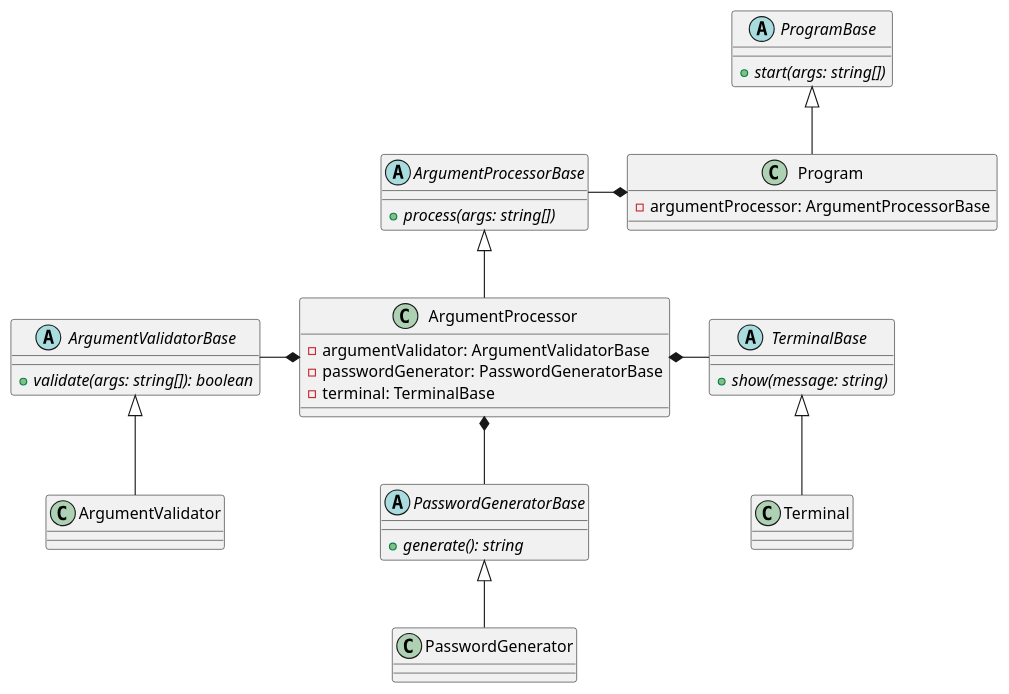
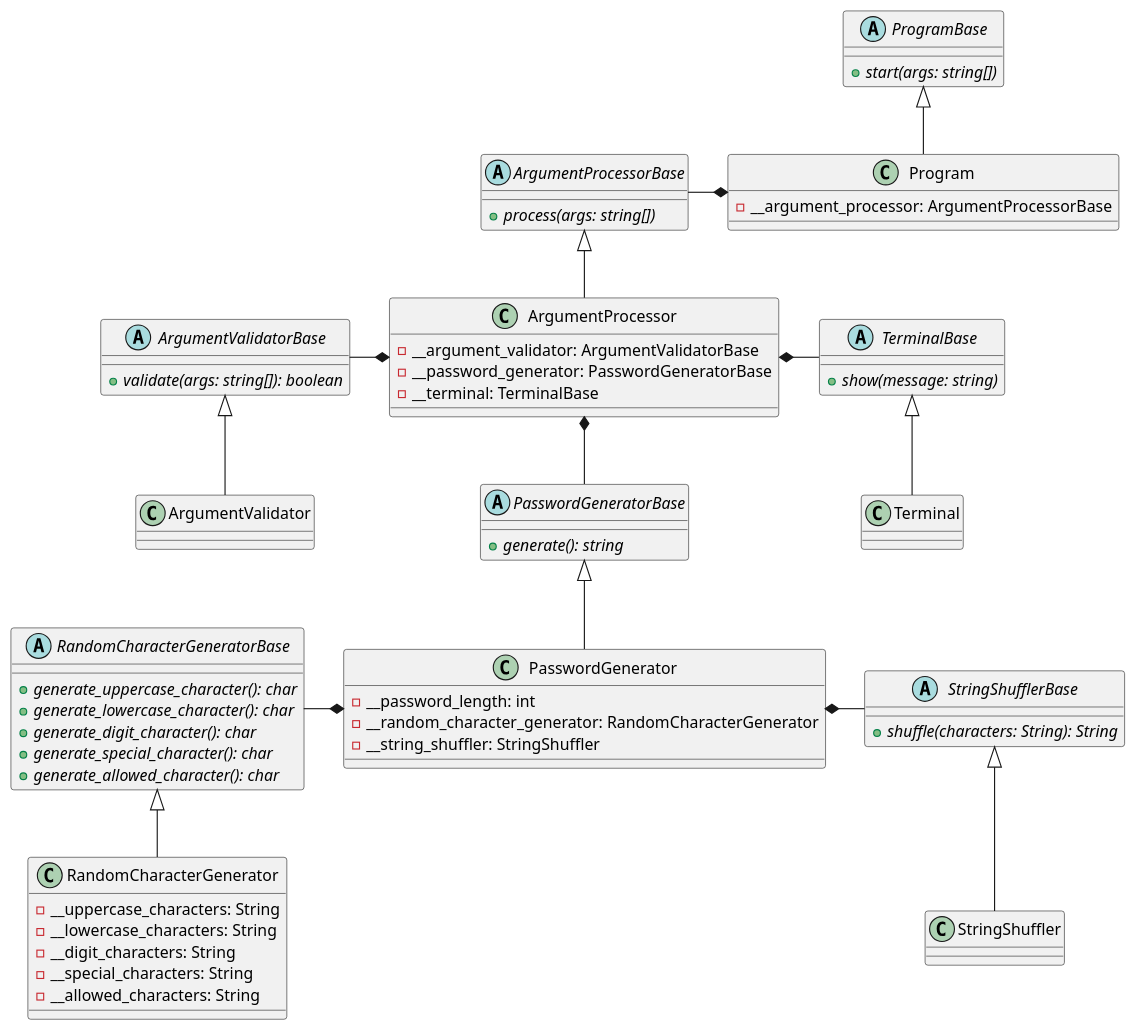
The diagram in diagrams/Class.puml (djvelimir/demo-python-cli), drawn with PlantUML before and after one commit. The commit also changed 10 other files, not shown here.

Commit message:
Added random character generator and string shuffler

```diff
--- a/diagrams/Class.puml
+++ b/diagrams/Class.puml
@@ -1,52 +1,83 @@
 @startuml class
 abstract class ProgramBase {
     + {abstract} start(args: string[])
 }
 
 class Program {
-    - argumentProcessor: ArgumentProcessorBase
+    - __argument_processor: ArgumentProcessorBase
 }
 
 abstract class ArgumentValidatorBase {
     + {abstract} validate(args: string[]): boolean
 }
 
 class ArgumentValidator {
 }
 
 abstract class ArgumentProcessorBase {
     + {abstract} process(args: string[])
 }
 
 class ArgumentProcessor {
-    - argumentValidator: ArgumentValidatorBase
-    - passwordGenerator: PasswordGeneratorBase
-    - terminal: TerminalBase
+    - __argument_validator: ArgumentValidatorBase
+    - __password_generator: PasswordGeneratorBase
+    - __terminal: TerminalBase
 }
 
 abstract class TerminalBase {
     + {abstract} show(message: string)
 }
 
 class Terminal {
 }
 
 abstract class PasswordGeneratorBase {
     + {abstract} generate(): string
 }
 
 class PasswordGenerator {
+    - __password_length: int
+    - __random_character_generator: RandomCharacterGenerator
+    - __string_shuffler: StringShuffler
+}
+
+abstract class RandomCharacterGeneratorBase {
+    + {abstract} generate_uppercase_character(): char
+    + {abstract} generate_lowercase_character(): char
+    + {abstract} generate_digit_character(): char
+    + {abstract} generate_special_character(): char
+    + {abstract} generate_allowed_character(): char
+}
+
+class RandomCharacterGenerator {
+    - __uppercase_characters: String
+    - __lowercase_characters: String
+    - __digit_characters: String
+    - __special_characters: String
+    - __allowed_characters: String
+}
+
+abstract class StringShufflerBase {
+    + {abstract} shuffle(characters: String): String
+}
+
+class StringShuffler {
 }
 
 ArgumentValidatorBase <|-- ArgumentValidator
 ArgumentProcessorBase <|-- ArgumentProcessor
 TerminalBase <|-- Terminal
 PasswordGeneratorBase <|-- PasswordGenerator
+RandomCharacterGeneratorBase <|-- RandomCharacterGenerator
+StringShufflerBase <|-- StringShuffler
 ProgramBase <|-- Program
 
 Program *--l ArgumentProcessorBase
 
 ArgumentProcessor *--l ArgumentValidatorBase
 ArgumentProcessor *--d PasswordGeneratorBase
 ArgumentProcessor *--r TerminalBase
+
+PasswordGenerator *--l RandomCharacterGeneratorBase
+PasswordGenerator *--r StringShufflerBase
 @enduml
```
